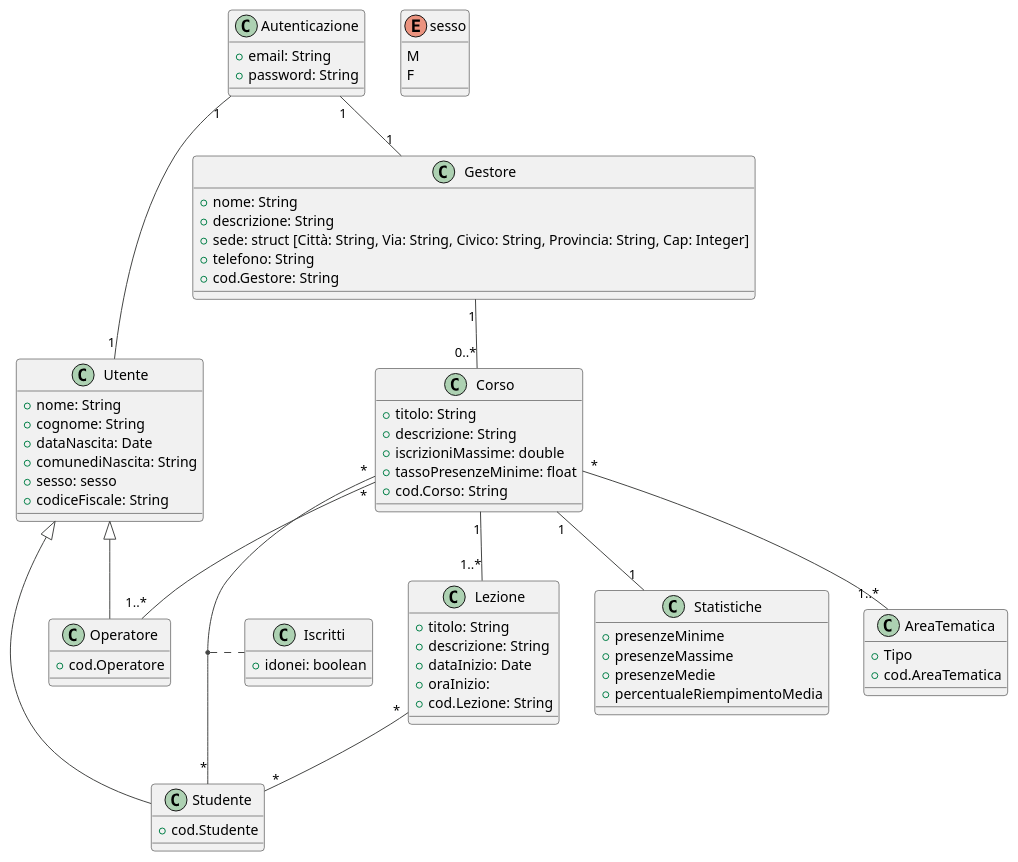
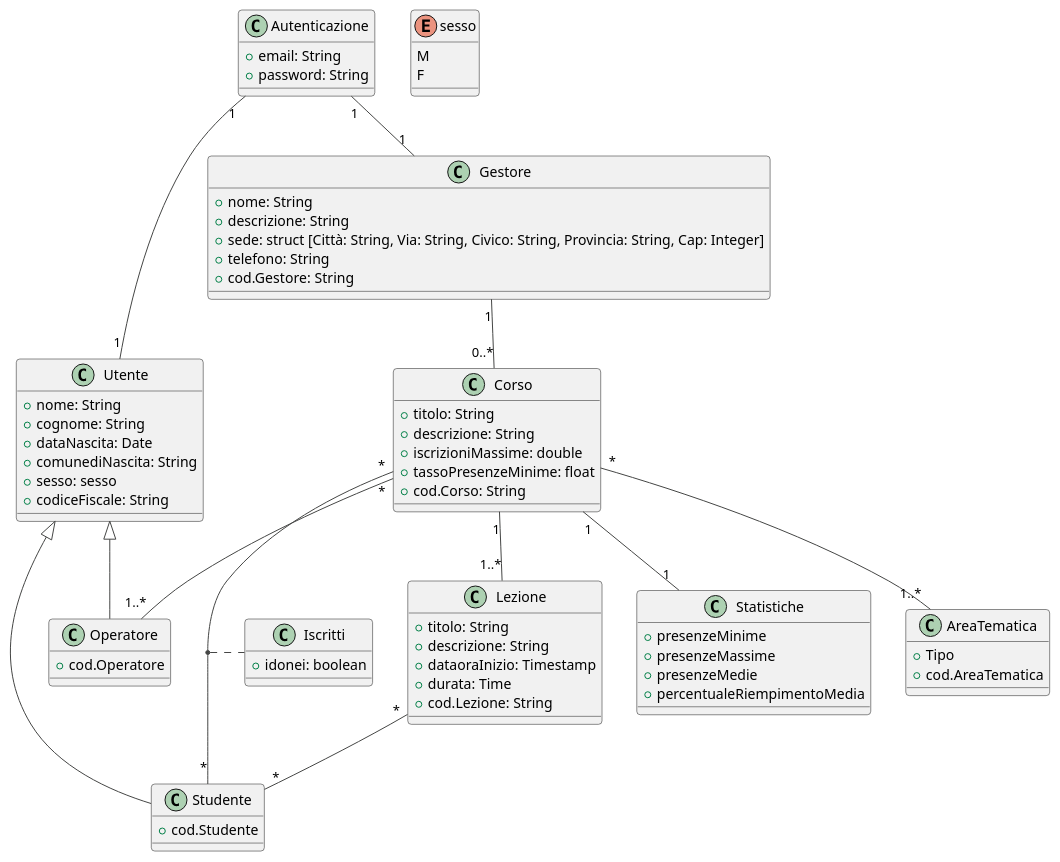
The diagram in UML.puml (agostino-code/OO-BDI-Project), drawn with PlantUML before and after one commit. The commit also changed 280 other files, not shown here.

```diff
--- a/UML.puml
+++ b/UML.puml
@@ -1,74 +1,74 @@
 @startuml
 
 'https://plantuml.com/class-diagram
 !theme vibrant
 class Autenticazione {
   +email: String
   +password: String
 }
 Autenticazione "1" -- "1" Utente
 Autenticazione "1" -- "1" Gestore
 class Utente{
   +nome: String
   +cognome: String
   +dataNascita: Date
   +comunediNascita: String
   +sesso: sesso
   +codiceFiscale: String
 }
 class Gestore {
   +nome: String
   +descrizione: String
   +sede: struct [Città: String, Via: String, Civico: String, Provincia: String, Cap: Integer]
   +telefono: String
   +cod.Gestore: String
 }
 class Operatore{
   +cod.Operatore
 }
 class Studente{
   +cod.Studente
 }
 enum sesso{
 M
 F
 }
 Utente <|-- Operatore
 Utente <|-- Studente
 Gestore "1" -- "0..*" Corso
 Corso "*" -- "*" Studente
 Corso "*" -- "1..*" Operatore
 class Corso{
   +titolo: String
   +descrizione: String
   +iscrizioniMassime: double
   +tassoPresenzeMinime: float
   +cod.Corso: String
 }
 class Lezione{
   +titolo: String
   +descrizione: String
-  +dataInizio: Date
-  +oraInizio:
+  +dataoraInizio: Timestamp
+  +durata: Time
   +cod.Lezione: String
 }
 Corso "1" -- "1..*" Lezione
 (Corso, Studente) .. Iscritti
 Lezione "*" -- "*" Studente
 class Iscritti{
 +idonei: boolean
 }
 class Statistiche{
   +presenzeMinime
   +presenzeMassime
   +presenzeMedie
   +percentualeRiempimentoMedia
 }
 Corso "1" -- "1" Statistiche
 class AreaTematica{
   +Tipo
   +cod.AreaTematica
 }
 Corso "*" -- "1..*" AreaTematica
 
 @enduml
```
